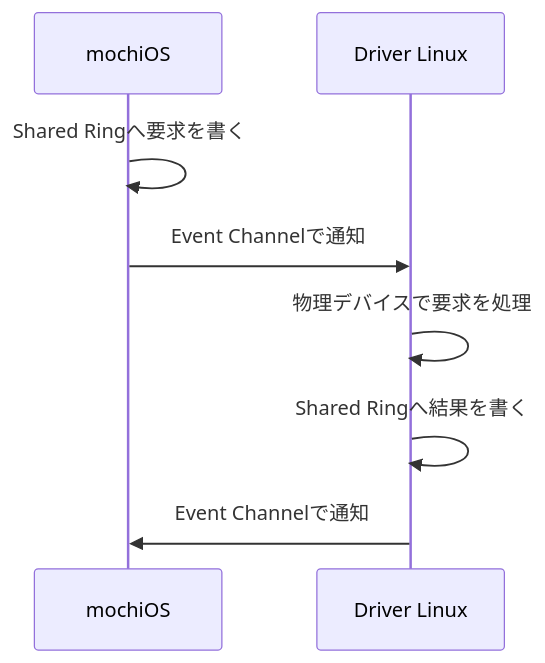
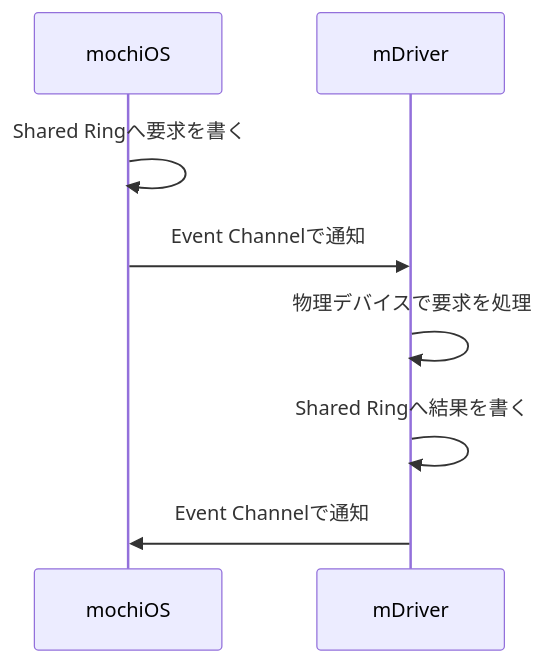
Before and after one commit to mochiOS/mochiOS: the second of 9 diagrams in docs/mboot/about.md, drawn with Mermaid. The commit also changed other lines of this file and 1 other file, not shown here.

Commit message:
Integrate the mDriver workspace build

````diff
--- a/docs/mboot/about.md
+++ b/docs/mboot/about.md
@@ -150,11 +150,11 @@
 ```mermaid
 sequenceDiagram
     participant M as mochiOS
-    participant D as Driver Linux
+    participant D as mDriver
 
     M->>M: Shared Ringへ要求を書く
     M->>D: Event Channelで通知
     D->>D: 物理デバイスで要求を処理
     D->>D: Shared Ringへ結果を書く
     D->>M: Event Channelで通知
 ```
````
